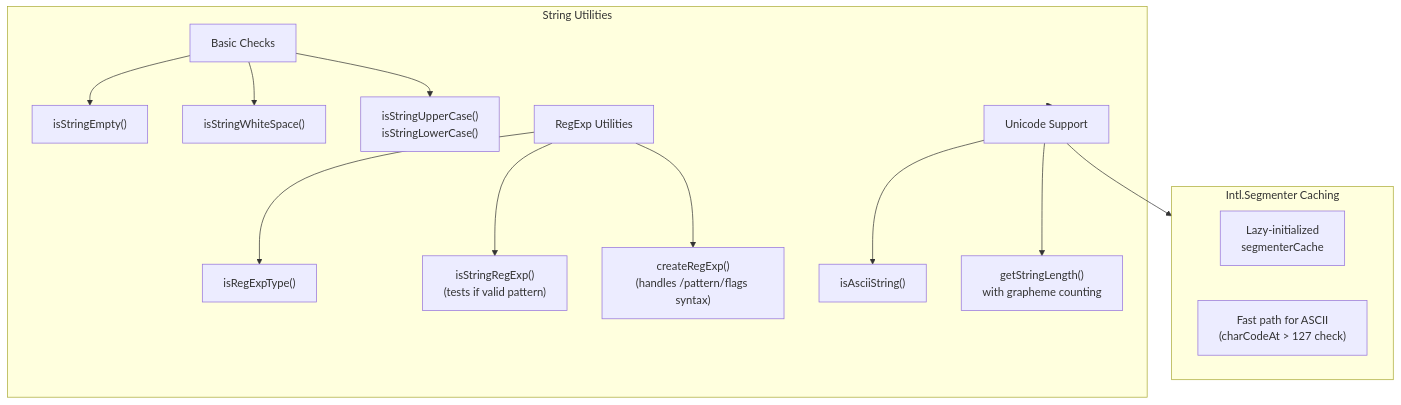
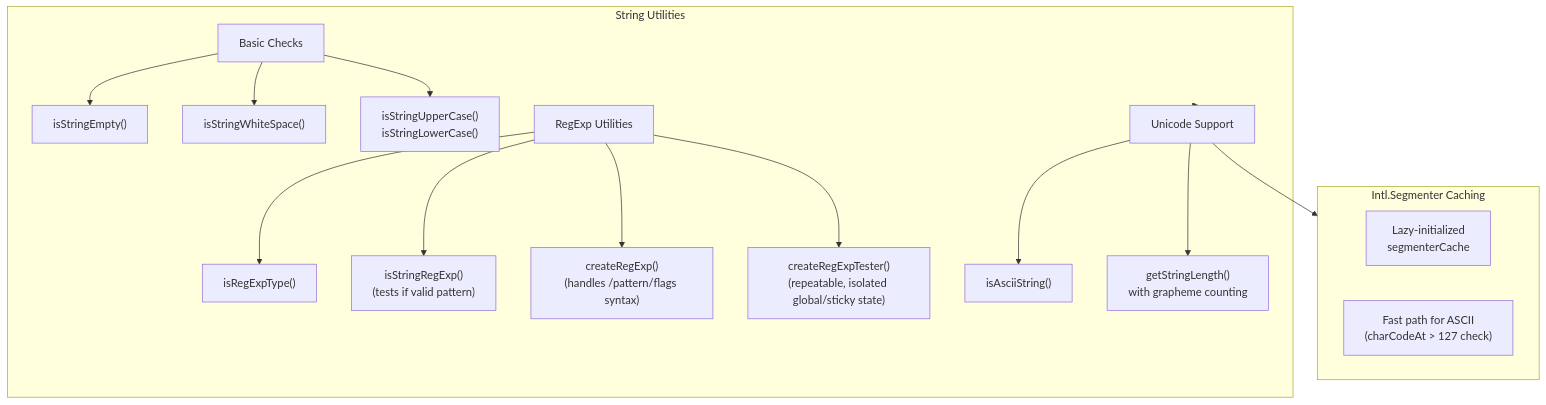
One commit to jklarenbeek/jarenjs changed the sixth of 12 diagrams in packages/core/ARCHITECTURE.md. Above: the diagram before and after it, drawn with Mermaid. The commit also changed 160 other files, not shown here.

````diff
--- a/packages/core/ARCHITECTURE.md
+++ b/packages/core/ARCHITECTURE.md
@@ -436,25 +436,26 @@
 ```mermaid
 flowchart TB
     subgraph StringUtils["String Utilities"]
         Basic["Basic Checks"]
         Basic --> Empty["isStringEmpty()"]
         Basic --> WhiteSpace["isStringWhiteSpace()"]
         Basic --> Case["isStringUpperCase()<br/>isStringLowerCase()"]
 
         RegExpUtils["RegExp Utilities"]
         RegExpUtils --> IsRegExp["isRegExpType()"]
         RegExpUtils --> IsStringRegExp["isStringRegExp()<br/>(tests if valid pattern)"]
         RegExpUtils --> CreateRegExp["createRegExp()<br/>(handles /pattern/flags syntax)"]
+        RegExpUtils --> TestRegExp["createRegExpTester()<br/>(repeatable, isolated global/sticky state)"]
 
         Unicode["Unicode Support"]
         Unicode --> Ascii["isAsciiString()"]
         Unicode --> Graphemes["getStringLength()<br/>with grapheme counting"]
     end
 
     subgraph IntlSegmenter["Intl.Segmenter Caching"]
         Cache["Lazy-initialized<br/>segmenterCache"]
         FastPath["Fast path for ASCII<br/>(charCodeAt > 127 check)"]
     end
 
     StringUtils --> Unicode --> IntlSegmenter
 ```
````
